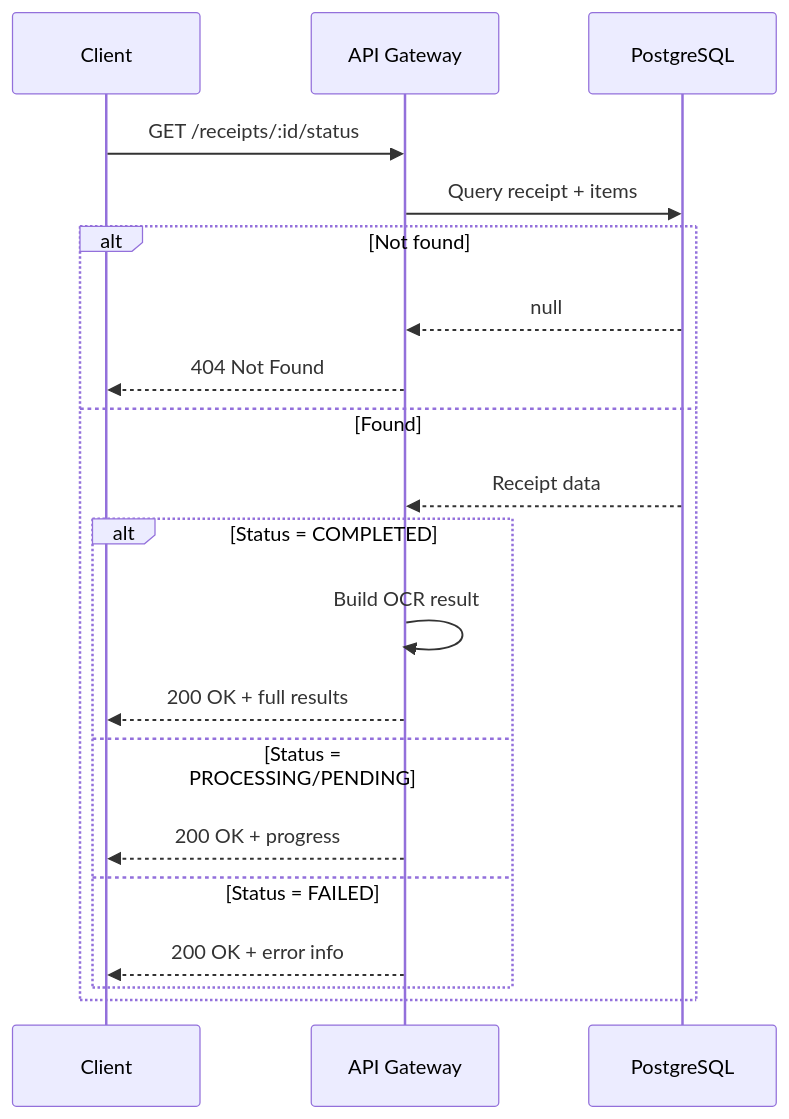
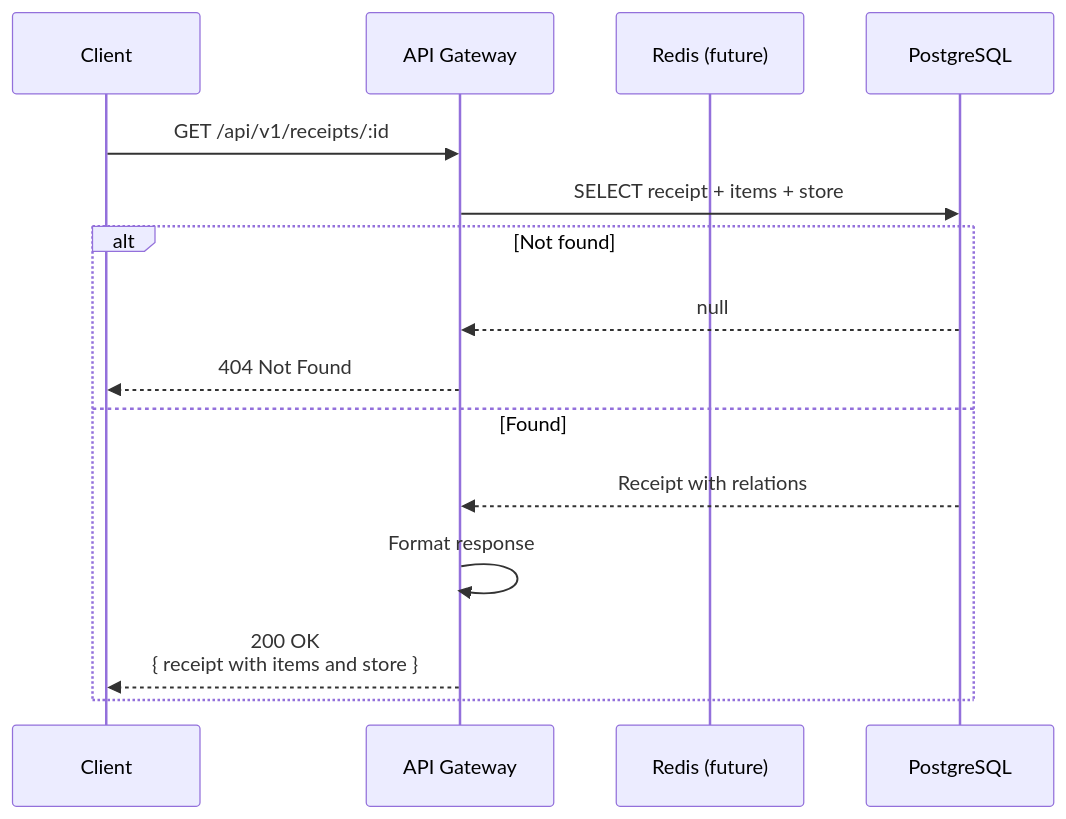
The fifth of 5 diagrams in docs/ARCHITECTURE-CURRENT.md (mpwg/Pricey), drawn with Mermaid before and after one commit. The commit also changed other lines of this file and 1 other file, not shown here.

````diff
--- a/docs/ARCHITECTURE-CURRENT.md
+++ b/docs/ARCHITECTURE-CURRENT.md
@@ -483,23 +546,18 @@
 ```mermaid
 sequenceDiagram
     participant C as Client
     participant GW as API Gateway
+    participant Cache as Redis (future)
     participant DB as PostgreSQL
 
-    C->>GW: GET /receipts/:id/status
-    GW->>DB: Query receipt + items
+    C->>GW: GET /api/v1/receipts/:id
+    GW->>DB: SELECT receipt + items + store
     alt Not found
         DB-->>GW: null
         GW-->>C: 404 Not Found
     else Found
-        DB-->>GW: Receipt data
-        alt Status = COMPLETED
-            GW->>GW: Build OCR result
-            GW-->>C: 200 OK + full results
-        else Status = PROCESSING/PENDING
-            GW-->>C: 200 OK + progress
-        else Status = FAILED
-            GW-->>C: 200 OK + error info
-        end
+        DB-->>GW: Receipt with relations
+        GW->>GW: Format response
+        GW-->>C: 200 OK<br/>{ receipt with items and store }
     end
 ```
````
